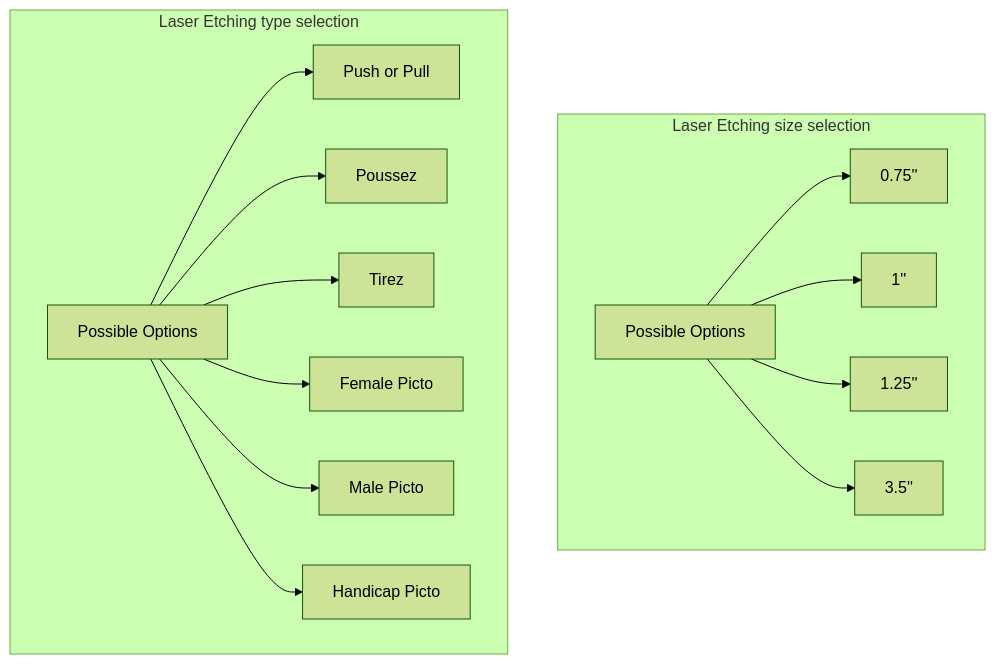
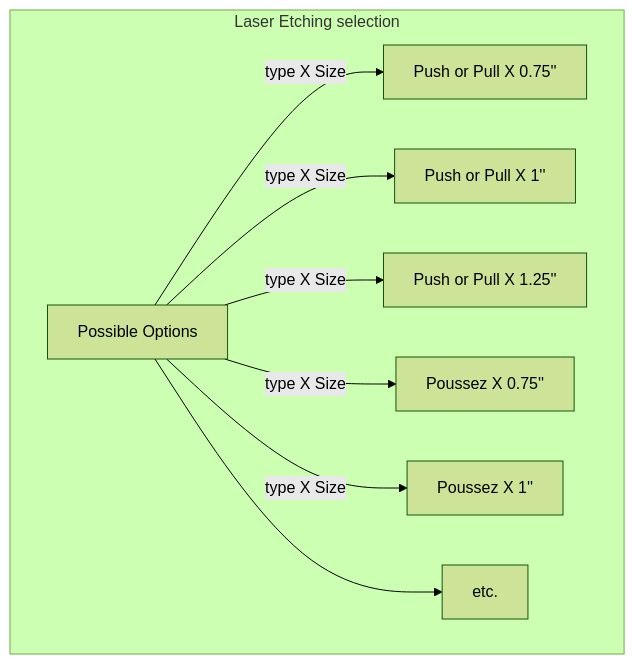
One commit to alokdas81/diamond-pricebook-diagram changed diagram 31 of 32 in README.md. Above: the diagram before and after it, drawn with Mermaid (forest theme). The commit also changed other lines of this file, not shown here.

````diff
--- a/README.md
+++ b/README.md
@@ -1054,21 +1054,13 @@
 ```mermaid
 flowchart TD
 
-
-subgraph Laser Etching size selection
-A[Possible Options] --> B[0.75'']
-A --> C[1'']
-A --> D[1.25'']
-A --> E[3.5'']
-end
-
-subgraph Laser Etching type selection
-N[Possible Options] --> O[Push or Pull]
-N --> P[Poussez]
-N --> Q[Tirez]
-N --> R[Female Picto]
-N --> S[Male Picto]
-N --> T[Handicap Picto]
+subgraph Laser Etching selection
+N[Possible Options] --> |type X Size| O[Push or Pull X 0.75'']
+N --> |type X Size| P[Push or Pull X 1'']
+N --> |type X Size| Q[Push or Pull X 1.25'']
+N --> |type X Size| R[Poussez X 0.75'']
+N --> |type X Size| S[Poussez X 1'']
+N --> T[etc.]
 end
 
 ```
````
